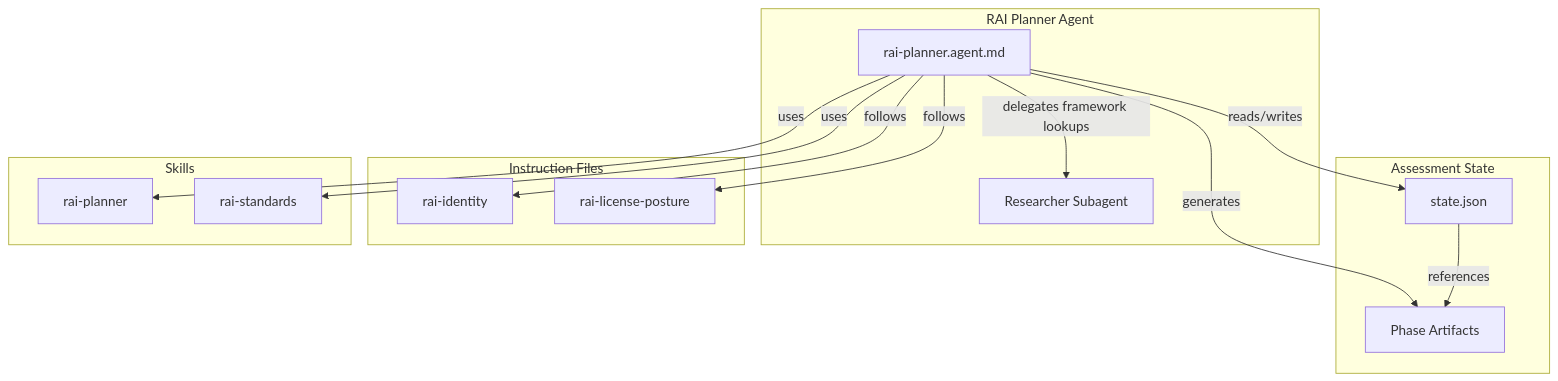
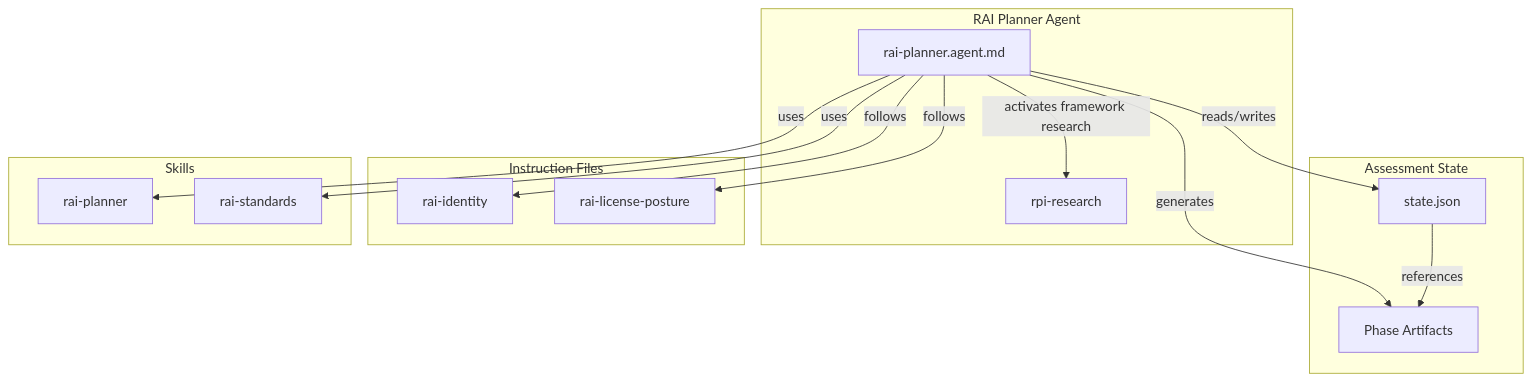
One commit to microsoft/hve-core changed the diagram in docs/agents/rai-planning/agent-overview.md. Above: the diagram before and after it, drawn with Mermaid. The commit also changed other lines of this file and 333 other files, not shown here.

````diff
--- a/docs/agents/rai-planning/agent-overview.md
+++ b/docs/agents/rai-planning/agent-overview.md
@@ -23,31 +23,31 @@
 ```mermaid
 flowchart TD
   subgraph Agent ["RAI Planner Agent"]
     RP["rai-planner.agent.md"]
-    RS["Researcher Subagent"]
-    RP -->|"delegates framework lookups"| RS
+    RR["rpi-research"]
+    RP -->|"activates framework research"| RR
   end
 
   subgraph State ["Assessment State"]
     SJ["state.json"]
     AF["Phase Artifacts"]
     SJ -->|"references"| AF
   end
 
   subgraph Instructions ["Instruction Files"]
     I1["rai-identity"]
     I2["rai-license-posture"]
   end
 
   subgraph Skills ["Skills"]
     S1["rai-planner"]
     S2["rai-standards"]
   end
 
   RP -->|"reads/writes"| SJ
   RP -->|"generates"| AF
   RP -->|"follows"| I1
   RP -->|"follows"| I2
   RP -->|"uses"| S1
   RP -->|"uses"| S2
 ```
````
